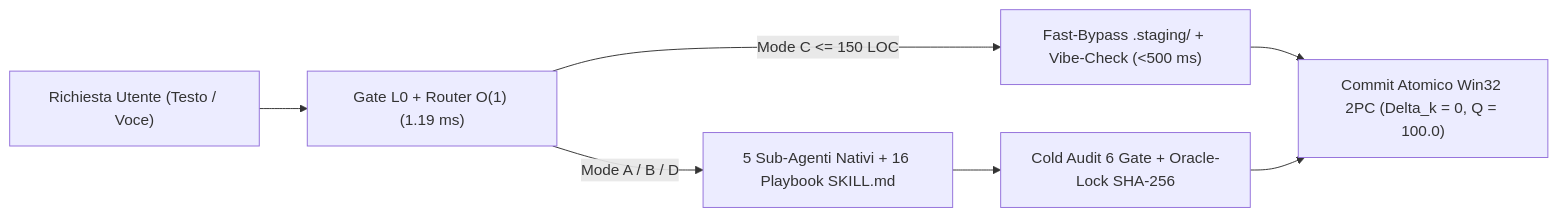
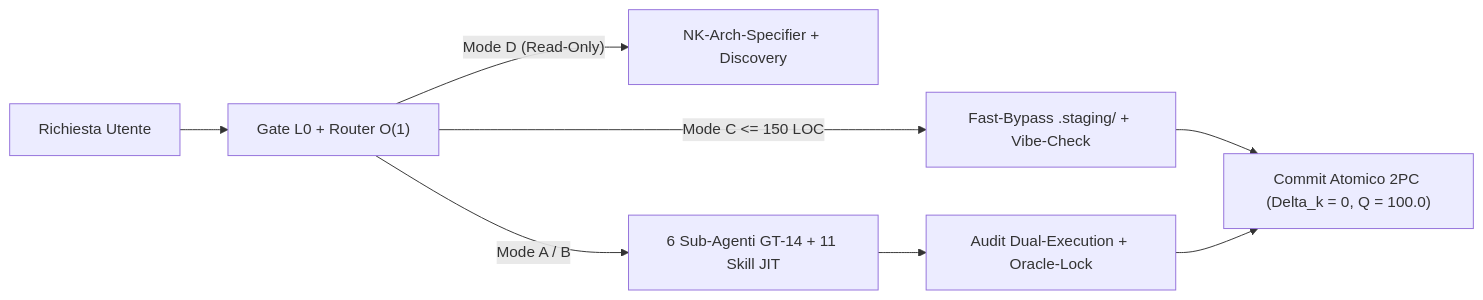
The diagram in nk_docs_and_setup/README.it.md (erbaldo86/NK-Hub), drawn with Mermaid before and after one commit. The commit also changed other lines of this file and 436 other files, not shown here.

````diff
--- a/nk_docs_and_setup/README.it.md
+++ b/nk_docs_and_setup/README.it.md
@@ -136,9 +87,10 @@
 ```mermaid
 flowchart LR
-    U["Richiesta Utente (Testo / Voce)"] --> R["Gate L0 + Router O(1) (1.19 ms)"]
-    R -->|"Mode C <= 150 LOC"| FB["Fast-Bypass .staging/ + Vibe-Check (<500 ms)"]
-    R -->|"Mode A / B / D"| S["5 Sub-Agenti Nativi + 16 Playbook SKILL.md"]
-    FB --> C["Commit Atomico Win32 2PC (Delta_k = 0, Q = 100.0)"]
-    S --> A["Cold Audit 6 Gate + Oracle-Lock SHA-256"]
+    U["Richiesta Utente"] --> R["Gate L0 + Router O(1)"]
+    R -->|"Mode D (Read-Only)"| RO["NK-Arch-Specifier + Discovery"]
+    R -->|"Mode C <= 150 LOC"| FB["Fast-Bypass .staging/ + Vibe-Check"]
+    R -->|"Mode A / B"| S["6 Sub-Agenti GT-14 + 11 Skill JIT"]
+    S --> A["Audit Dual-Execution + Oracle-Lock"]
+    FB --> C["Commit Atomico 2PC (Delta_k = 0, Q = 100.0)"]
     A --> C
 ```
````
